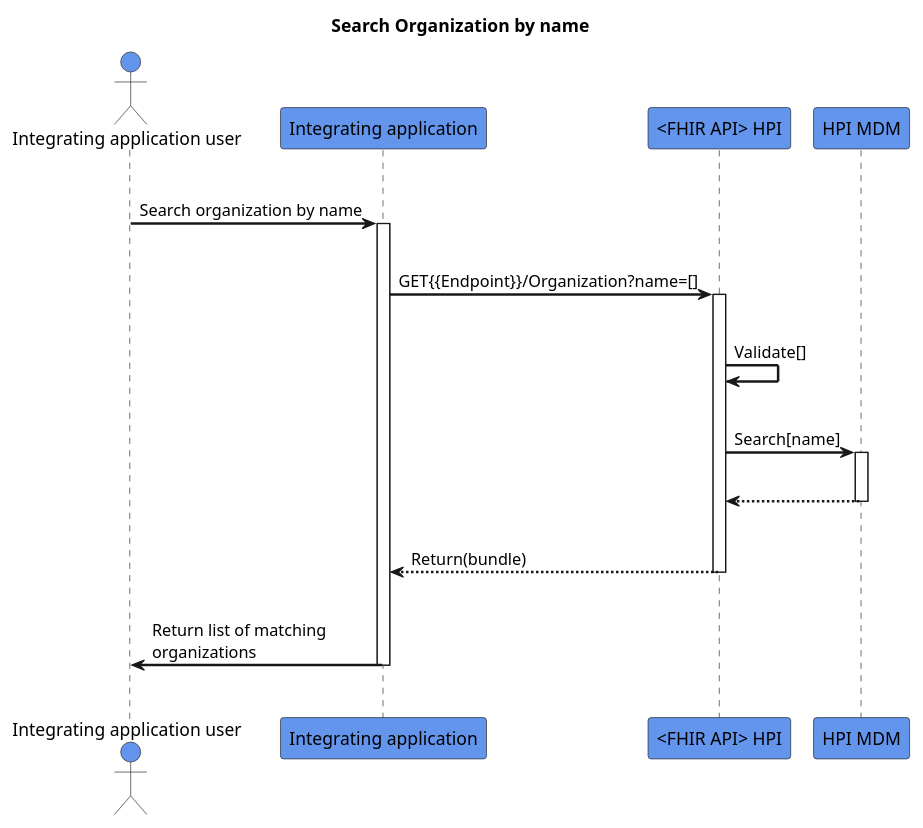
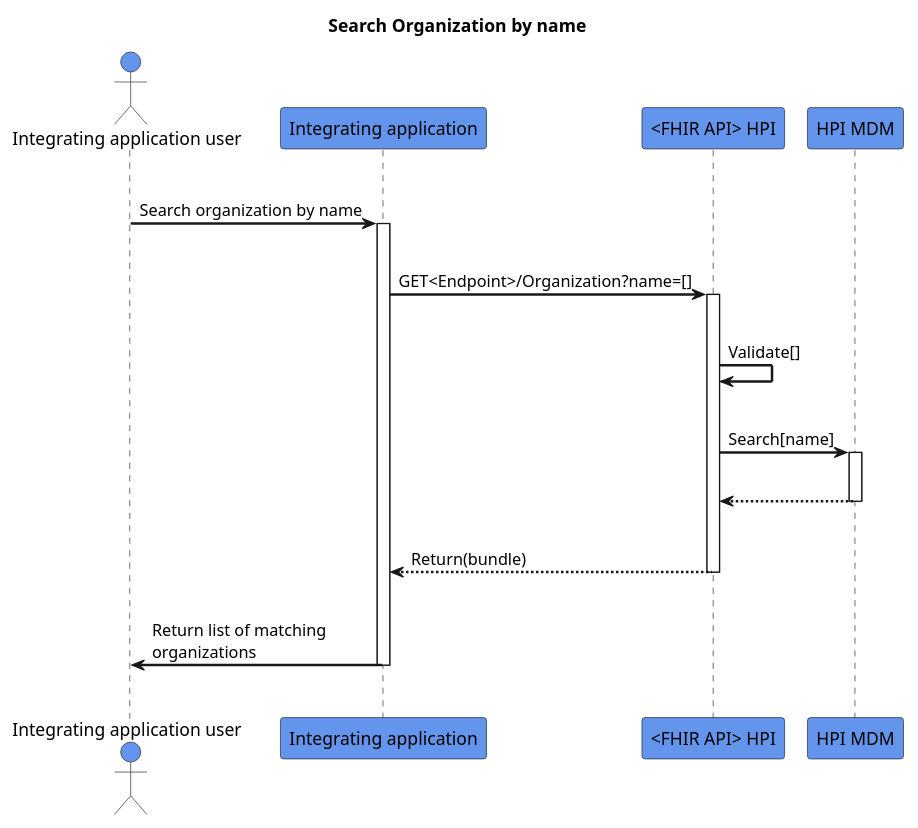
The diagram in input/images-source/search-organizationwithname.plantuml (HL7NZ/hpi), drawn with PlantUML before and after one commit.

```diff
--- a/input/images-source/search-organizationwithname.plantuml
+++ b/input/images-source/search-organizationwithname.plantuml
@@ -1,32 +1,32 @@
 @startuml
 skinparam sequenceArrowThickness 2
 skinparam roundcorner 5
 skinparam maxmessagesize 180
 skinparam sequenceParticipant bold
 title Search Organization by name
 actor "Integrating application user" as User #CornflowerBlue
 participant "Integrating application" as A #CornflowerBlue
 participant "<FHIR API> HPI" as B #CornflowerBlue
 participant "HPI MDM" as C #CornflowerBlue
 |||
 User -> A: Search organization by name
 activate A
 |||
-A -> B: GET{{Endpoint}}/Organization?name=[]
+A -> B: GET<Endpoint>/Organization?name=[]
 activate B
 |||
 B -> B: Validate[]
 |||
 B -> C: Search[name]
 activate C
 |||
 C -[dashed]-> B:  
 deactivate C
 |||
 B -[dashed]-> A:Return(bundle)
 deactivate B
 |||
 A -> User: Return list of matching organizations
 deactivate A
 |||
 @enduml
```
